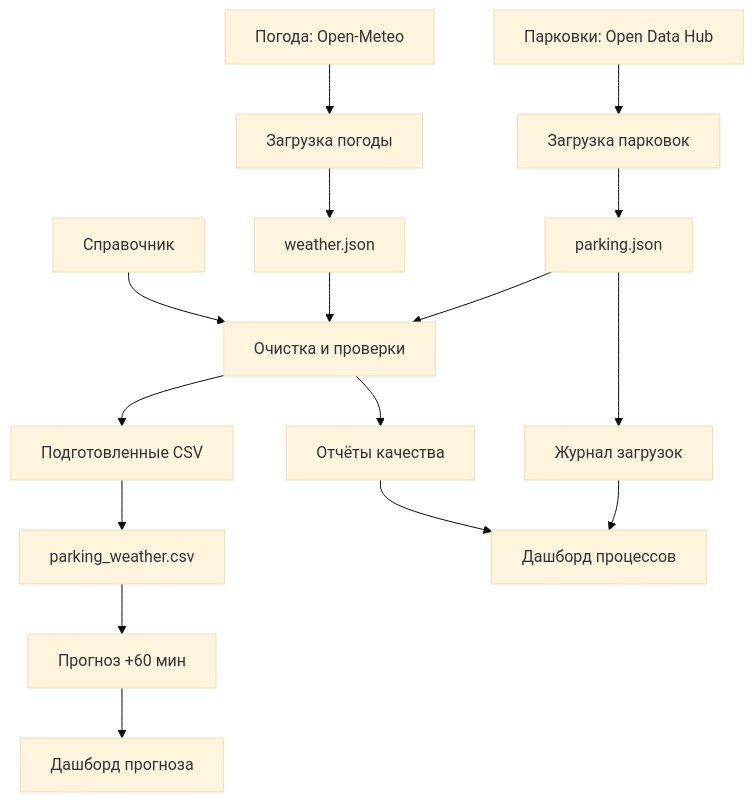
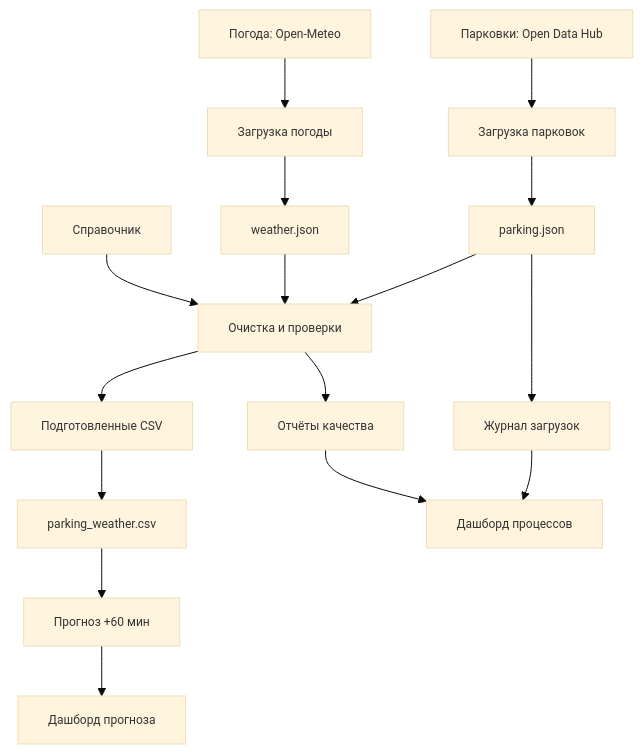
The diagram in docs/data_architecture.md (ldlddaa/parking-occupancy-forecast-system), drawn with Mermaid (base theme) before and after one commit.

Commit message:
Improve architecture diagram labels

````diff
--- a/docs/data_architecture.md
+++ b/docs/data_architecture.md
@@ -5,20 +5,20 @@
 ```mermaid
 flowchart TD
     A["Парковки: Open Data Hub"] --> C["Загрузка парковок"]
     B["Погода: Open-Meteo"] --> D["Загрузка погоды"]
     C --> E["parking.json"]
     D --> F["weather.json"]
     E --> G["Очистка и проверки"]
     F --> G
     R["Справочник"] --> G
     G --> H["Подготовленные CSV"]
     H --> I["parking_weather.csv"]
     I --> J["Прогноз +60 мин"]
     J --> K["Дашборд прогноза"]
     E --> L["Журнал загрузок"]
     G --> M["Отчёты качества"]
     L --> N["Дашборд процессов"]
     M --> N
 
-    classDef default font-size:16px;
+    classDef default font-size:12px;
 ```
````
